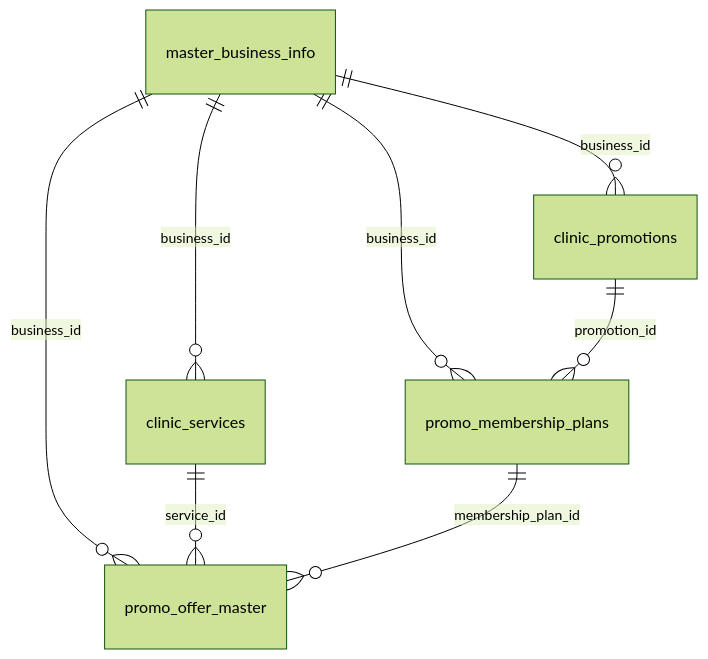
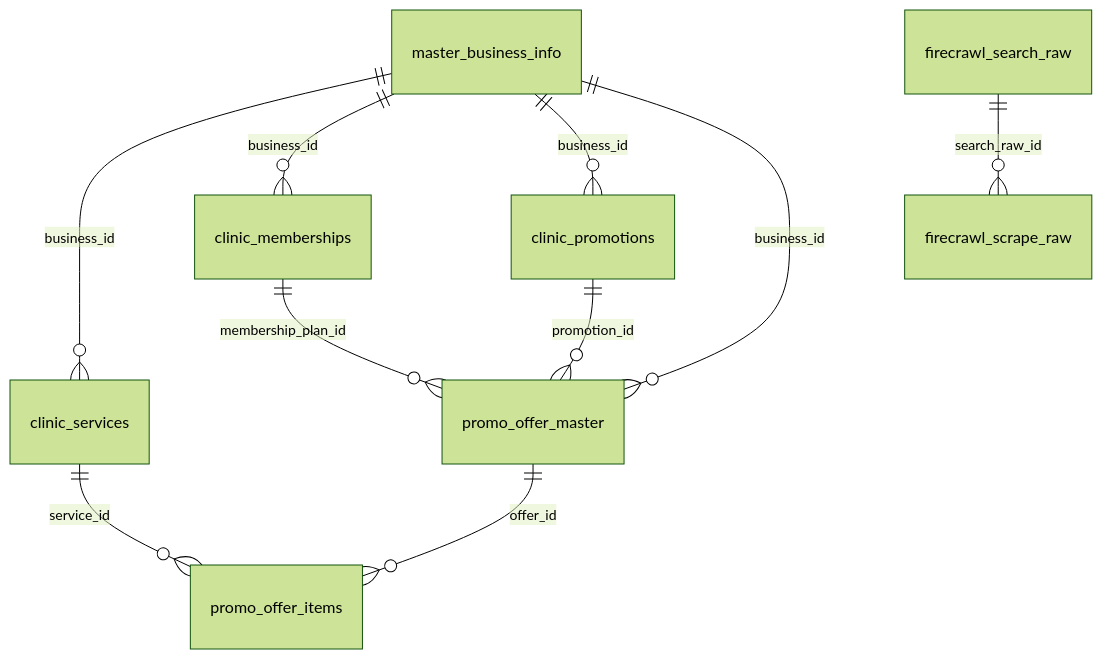
One commit to loong-gif/CostFinder-Crawler changed the diagram in docs/data-model-pipeline.md. Above: the diagram before and after it, drawn with Mermaid (forest theme). The commit also changed other lines of this file and 116 other files, not shown here.

````diff
--- a/docs/data-model-pipeline.md
+++ b/docs/data-model-pipeline.md
@@ -38,10 +7,12 @@
 ```mermaid
 erDiagram
+  master_business_info ||--o{ clinic_services : business_id
+  master_business_info ||--o{ clinic_memberships : business_id
   master_business_info ||--o{ clinic_promotions : business_id
   master_business_info ||--o{ promo_offer_master : business_id
-  master_business_info ||--o{ promo_membership_plans : business_id
-  master_business_info ||--o{ clinic_services : business_id
-  clinic_services ||--o{ promo_offer_master : service_id
-  promo_membership_plans ||--o{ promo_offer_master : membership_plan_id
-  clinic_promotions ||--o{ promo_membership_plans : promotion_id
+  clinic_memberships ||--o{ promo_offer_master : membership_plan_id
+  clinic_promotions ||--o{ promo_offer_master : promotion_id
+  promo_offer_master ||--o{ promo_offer_items : offer_id
+  clinic_services ||--o{ promo_offer_items : service_id
+  firecrawl_search_raw ||--o{ firecrawl_scrape_raw : search_raw_id
 ```
````
